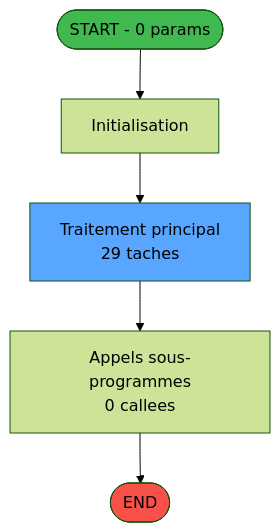
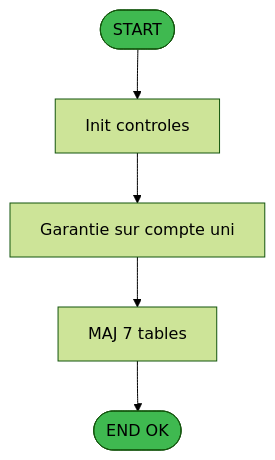
The second of 4 diagrams in .openspec/specs/ADH-IDE-111.md (thonyAGP/magic-migration), drawn with Mermaid (forest theme) before and after one commit. The commit also changed other lines of this file and 253 other files, not shown here.

````diff
--- a/.openspec/specs/ADH-IDE-111.md
+++ b/.openspec/specs/ADH-IDE-111.md
@@ -103,14 +1668,14 @@
 ```mermaid
 flowchart TD
-    START([START - 0 params])
-    INIT["Initialisation"]
-    PROCESS["Traitement principal<br/>29 taches"]
-    CALLS["Appels sous-programmes<br/>0 callees"]
-    ENDOK([END])
+    START([START])
+    INIT[Init controles]
+    SAISIE[Garantie sur compte uni]
+    UPDATE[MAJ 7 tables]
+    ENDOK([END OK])
 
-    START --> INIT --> PROCESS --> CALLS --> ENDOK
+    START --> INIT --> SAISIE
+    SAISIE --> UPDATE --> ENDOK
 
-    style START fill:#3fb950
-    style ENDOK fill:#f85149
-    style PROCESS fill:#58a6ff
+    style START fill:#3fb950,color:#000
+    style ENDOK fill:#3fb950,color:#000
 ```
````
